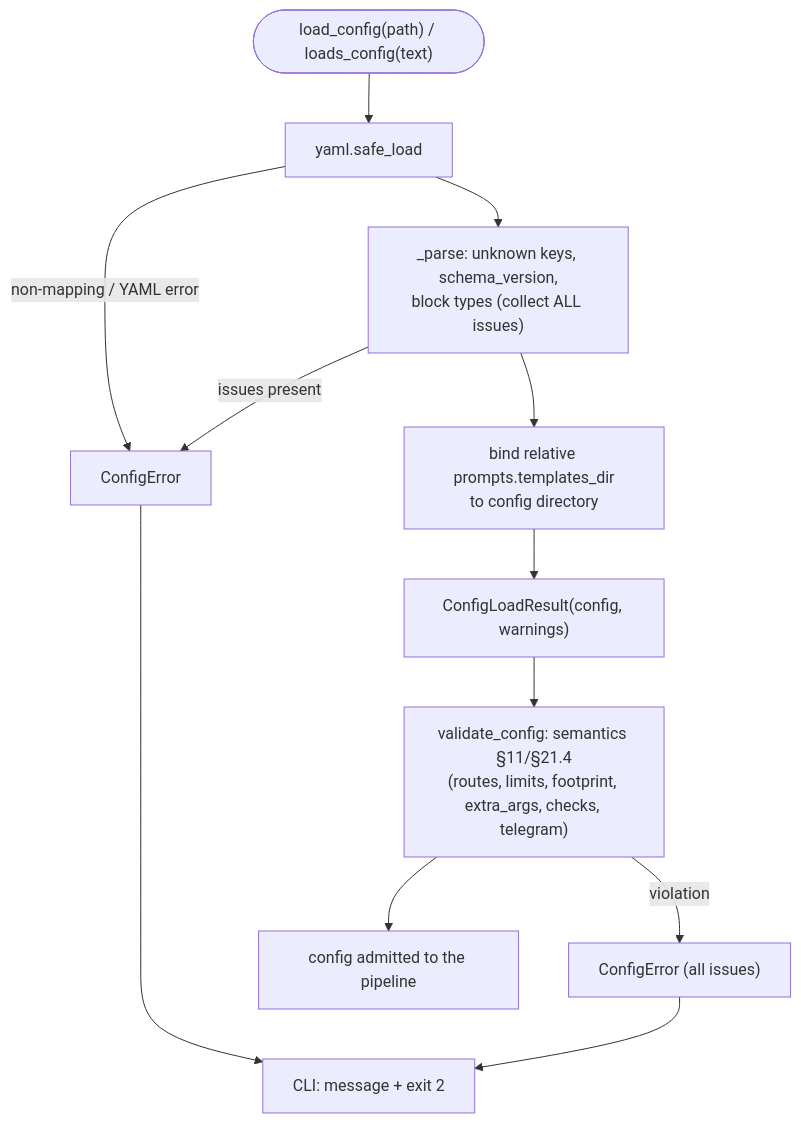
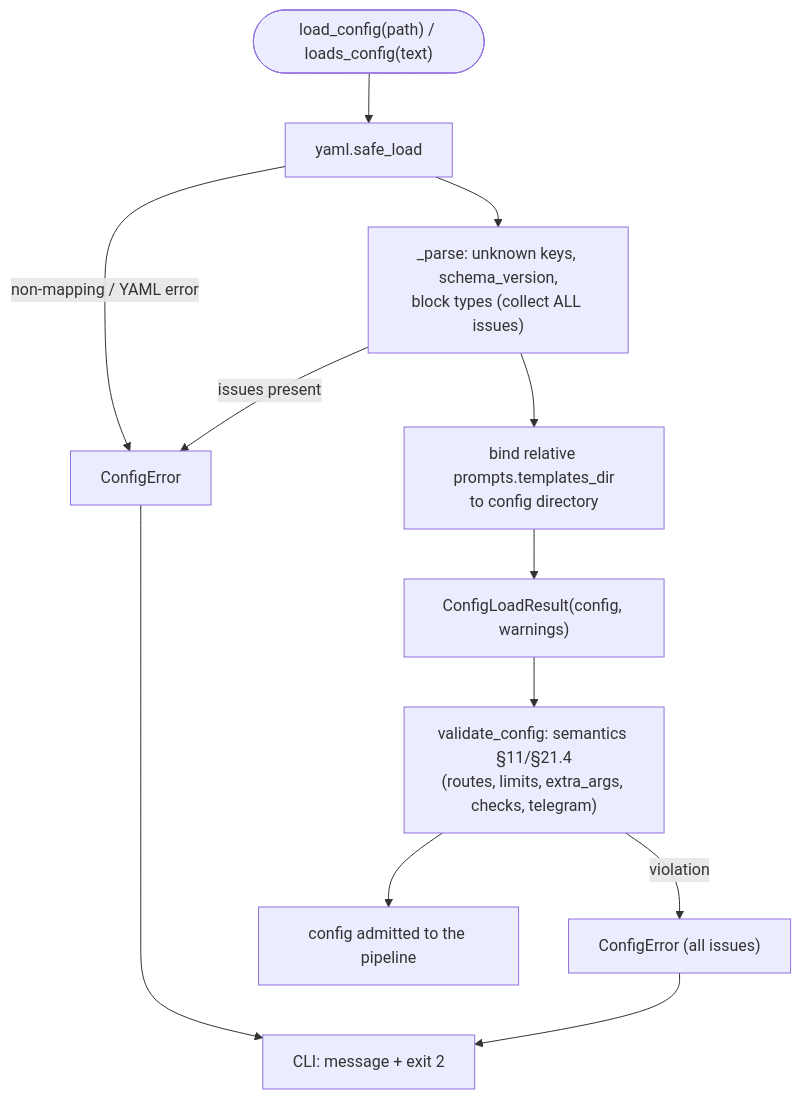
Before and after one commit to VladimirMakarevich/wastech-orchestrator: the diagram in docs/functional/blocks/B05-configuration.md, drawn with Mermaid. The commit also changed other lines of this file and 59 other files, not shown here.

````diff
--- a/docs/functional/blocks/B05-configuration.md
+++ b/docs/functional/blocks/B05-configuration.md
@@ -51,14 +51,14 @@
 ```mermaid
 flowchart TB
     start(["load_config(path) / loads_config(text)"]) --> y["yaml.safe_load"]
     y -->|"non-mapping / YAML error"| e1["ConfigError"]
     y --> parse["_parse: unknown keys, schema_version,<br/>block types (collect ALL issues)"]
     parse -->|"issues present"| e1
     parse --> bind["bind relative prompts.templates_dir<br/>to config directory"]
     bind --> res["ConfigLoadResult(config, warnings)"]
-    res --> val["validate_config: semantics §11/§21.4<br/>(routes, limits, footprint, extra_args, checks, telegram)"]
+    res --> val["validate_config: semantics §11/§21.4<br/>(routes, limits, extra_args, checks, telegram)"]
     val -->|violation| e2["ConfigError (all issues)"]
     val --> ok["config admitted to the pipeline"]
     e1 --> exit2["CLI: message + exit 2"]
     e2 --> exit2
 ```
````
